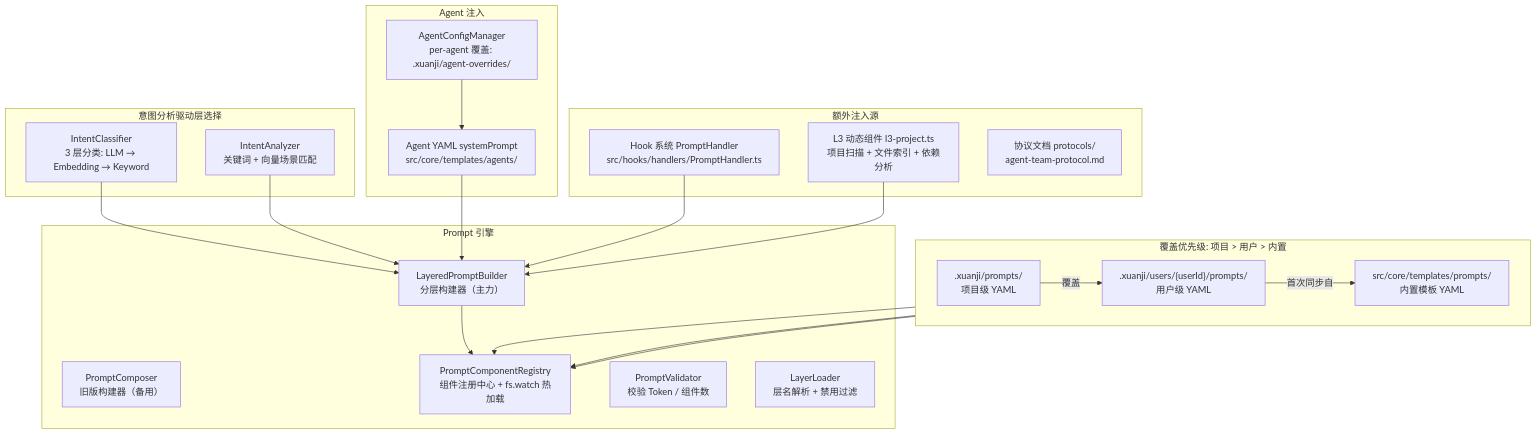
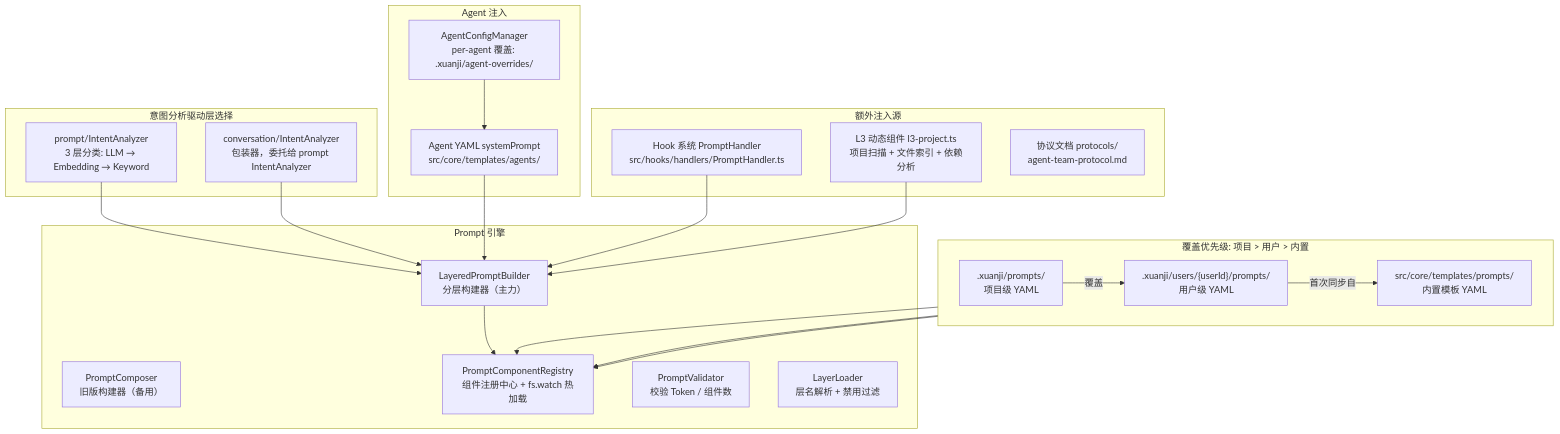
One commit to shibit-net/xuanji changed the ninth of 10 diagrams in docs/architecture-scenarios.md. Above: the diagram before and after it, drawn with Mermaid. The commit also changed other lines of this file and 476 other files, not shown here.

````diff
--- a/docs/architecture-scenarios.md
+++ b/docs/architecture-scenarios.md
@@ -586,43 +683,43 @@
 ```mermaid
 graph TD
     subgraph "覆盖优先级: 项目 > 用户 > 内置"
         direction LR
         A[".xuanji/prompts/<br/>项目级 YAML"] -->|覆盖| B[".xuanji/users/{userId}/prompts/<br/>用户级 YAML"]
         B -->|首次同步自| C["src/core/templates/prompts/<br/>内置模板 YAML"]
     end
 
     subgraph "Prompt 引擎"
         D["LayeredPromptBuilder<br/>分层构建器（主力）"]
         E["PromptComposer<br/>旧版构建器（备用）"]
         F["PromptComponentRegistry<br/>组件注册中心 + fs.watch 热加载"]
         G["PromptValidator<br/>校验 Token / 组件数"]
         H["LayerLoader<br/>层名解析 + 禁用过滤"]
     end
 
     subgraph "意图分析驱动层选择"
-        I["IntentClassifier<br/>3 层分类: LLM → Embedding → Keyword"]
-        J["IntentAnalyzer<br/>关键词 + 向量场景匹配"]
+        I["prompt/IntentAnalyzer<br/>3 层分类: LLM → Embedding → Keyword"]
+        J["conversation/IntentAnalyzer<br/>包装器，委托给 prompt IntentAnalyzer"]
     end
 
     subgraph "Agent 注入"
         K["Agent YAML systemPrompt<br/>src/core/templates/agents/"]
         L["AgentConfigManager<br/>per-agent 覆盖: .xuanji/agent-overrides/"]
     end
 
     subgraph "额外注入源"
         M["Hook 系统 PromptHandler<br/>src/hooks/handlers/PromptHandler.ts"]
         N["L3 动态组件 l3-project.ts<br/>项目扫描 + 文件索引 + 依赖分析"]
         O["协议文档 protocols/<br/>agent-team-protocol.md"]
     end
 
     I --> D
     J --> D
     D --> F
     C --> F
     A --> F
     B --> F
     K --> D
     L --> K
     M --> D
     N --> D
 ```
````
